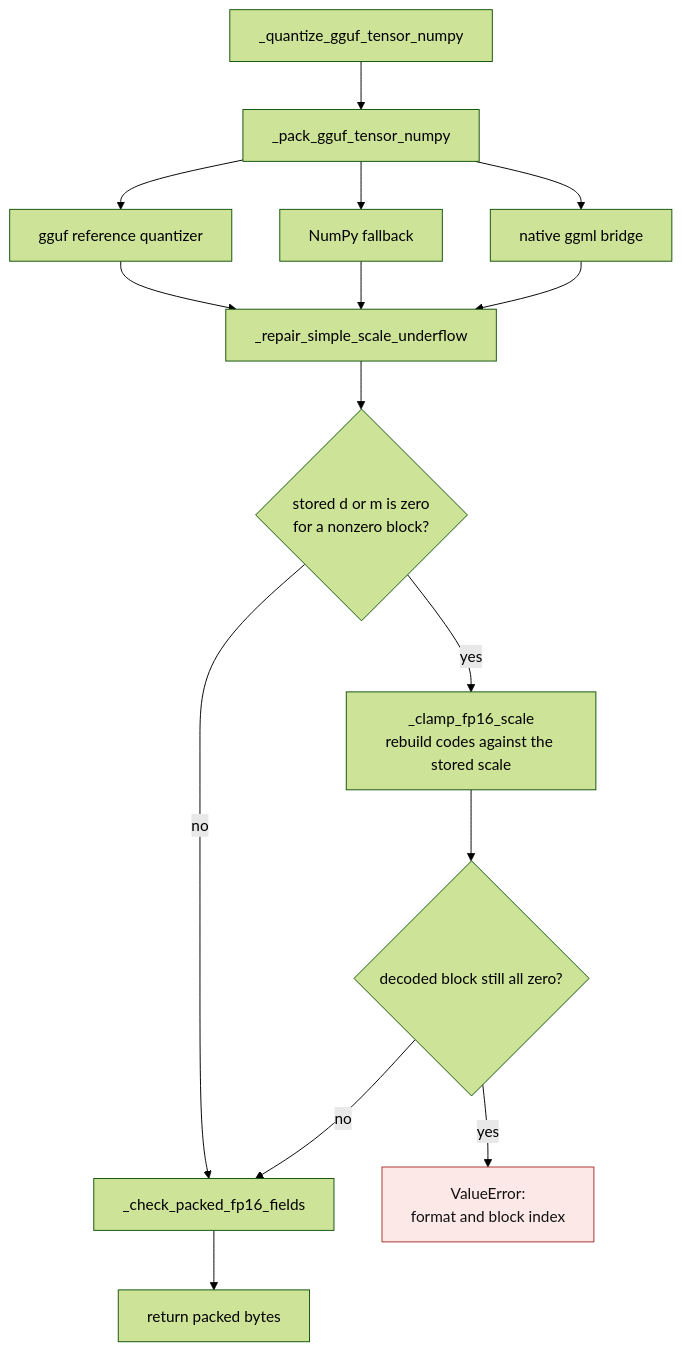
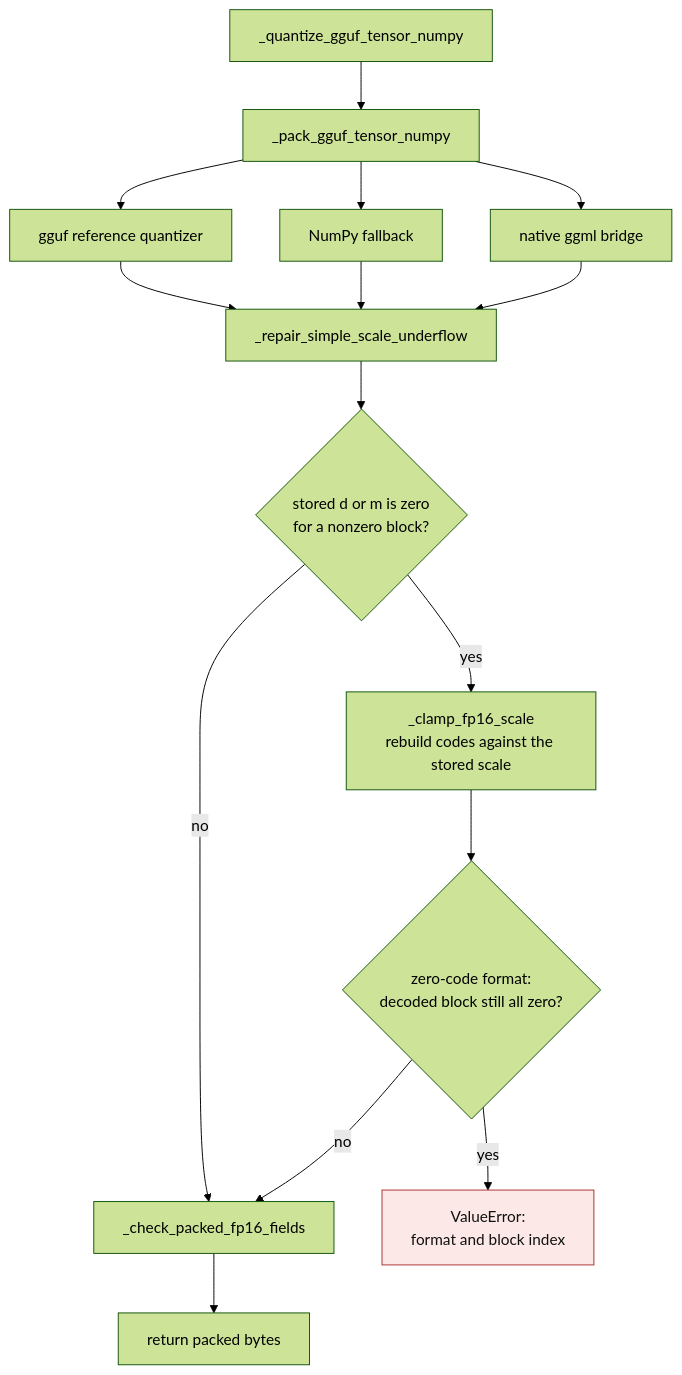
Before and after one commit to ModelCloud/GPTQModel: the diagram in docs/gguf-simple-block-fp16-scale-underflow.md, drawn with Mermaid (forest theme). The commit also changed other lines of this file and 2 other files, not shown here.

First line of the commit message:
fix(gguf): clamp sign-only Q1_0 block scale before the FP16 cast (#6074)

````diff
--- a/docs/gguf-simple-block-fp16-scale-underflow.md
+++ b/docs/gguf-simple-block-fp16-scale-underflow.md
@@ -47,19 +53,19 @@
 ```mermaid
 flowchart TD
     A["_quantize_gguf_tensor_numpy"] --> B["_pack_gguf_tensor_numpy"]
     B --> C["gguf reference quantizer"]
     B --> D["NumPy fallback"]
     B --> E["native ggml bridge"]
     C --> F["_repair_simple_scale_underflow"]
     D --> F
     E --> F
     F --> G{"stored d or m is zero<br/>for a nonzero block?"}
     G -- "no" --> H["_check_packed_fp16_fields"]
     G -- "yes" --> I["_clamp_fp16_scale<br/>rebuild codes against the stored scale"]
-    I --> J{"decoded block still all zero?"}
+    I --> J{"zero-code format:<br/>decoded block still all zero?"}
     J -- "no" --> H
     J -- "yes" --> X["ValueError:<br/>format and block index"]
     H --> K["return packed bytes"]
     classDef failure fill:#fce8e6,stroke:#a33,color:#111
     class X failure
 ```
````
